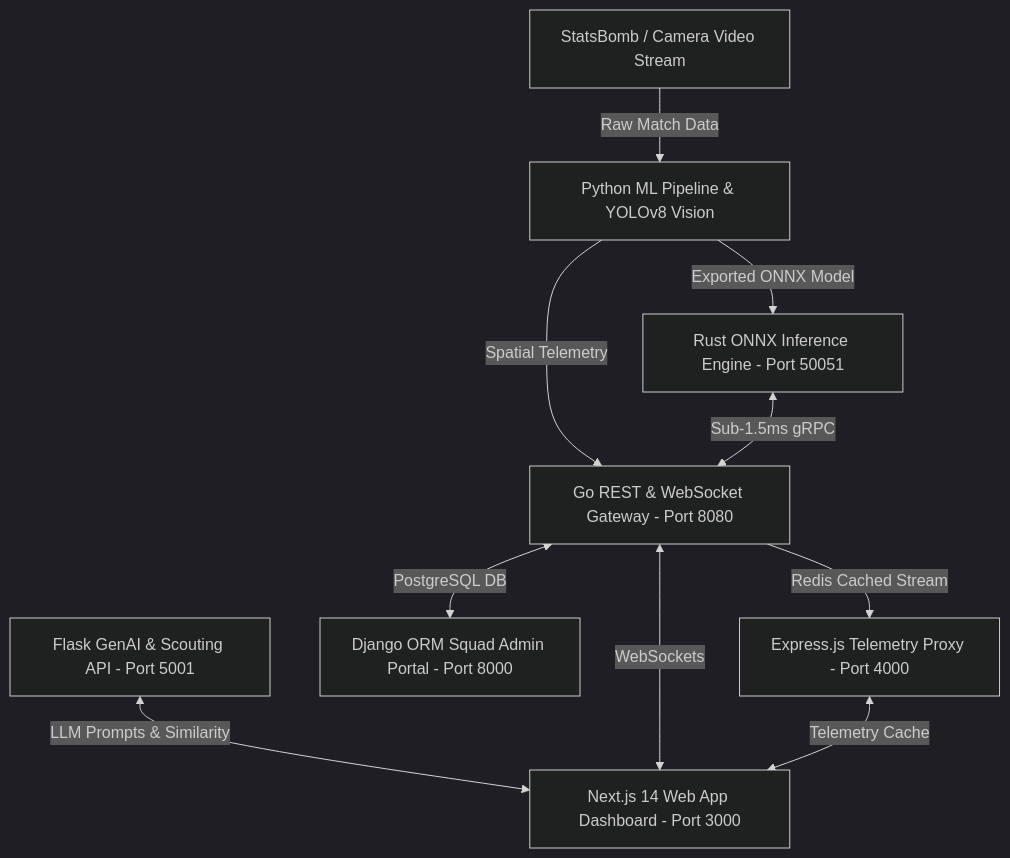
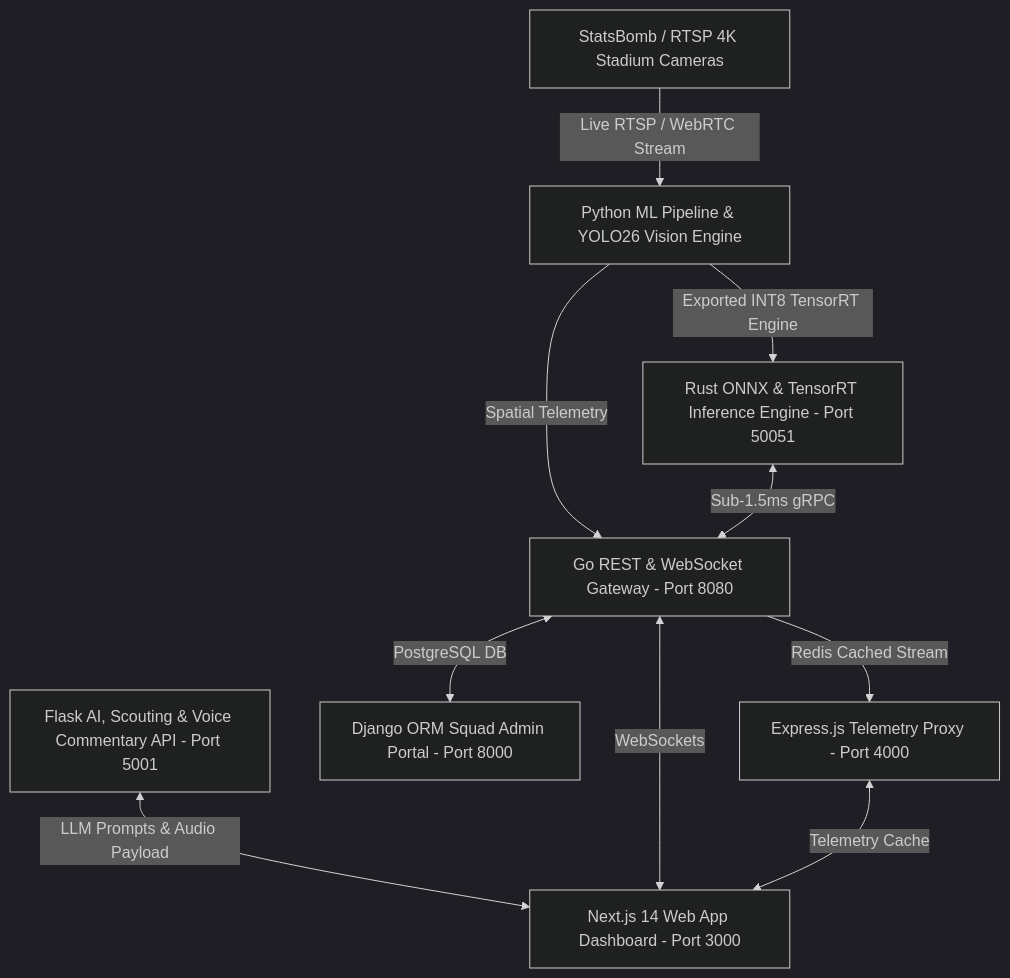
The diagram in README.md (ahmedfawzyjr/deep-stream), drawn with Mermaid (dark theme) before and after one commit. The commit also changed other lines of this file and 67 other files, not shown here.

Commit message:
feat: Full Integration of AI Football Analytics, Possession GMM Engine, YOLO26 Pose Studio, RTSP, TensorRT 320+ FPS & Next-Gen UI

````diff
--- a/README.md
+++ b/README.md
@@ -76,14 +139,14 @@
 ```mermaid
 graph TD
-    A[StatsBomb / Camera Video Stream] -->|Raw Match Data| B[Python ML Pipeline & YOLOv8 Vision]
-    B -->|Exported ONNX Model| C[Rust ONNX Inference Engine - Port 50051]
+    A[StatsBomb / RTSP 4K Stadium Cameras] -->|Live RTSP / WebRTC Stream| B[Python ML Pipeline & YOLO26 Vision Engine]
+    B -->|Exported INT8 TensorRT Engine| C[Rust ONNX & TensorRT Inference Engine - Port 50051]
     B -->|Spatial Telemetry| D[Go REST & WebSocket Gateway - Port 8080]
     C <-->|Sub-1.5ms gRPC| D
     
     D -->|Redis Cached Stream| E[Express.js Telemetry Proxy - Port 4000]
     D <-->|PostgreSQL DB| F[Django ORM Squad Admin Portal - Port 8000]
     
-    G[Flask GenAI & Scouting API - Port 5001] <-->|LLM Prompts & Similarity| H[Next.js 14 Web App Dashboard - Port 3000]
+    G[Flask AI, Scouting & Voice Commentary API - Port 5001] <-->|LLM Prompts & Audio Payload| H[Next.js 14 Web App Dashboard - Port 3000]
     D <-->|WebSockets| H
     E <-->|Telemetry Cache| H
 ```
````
